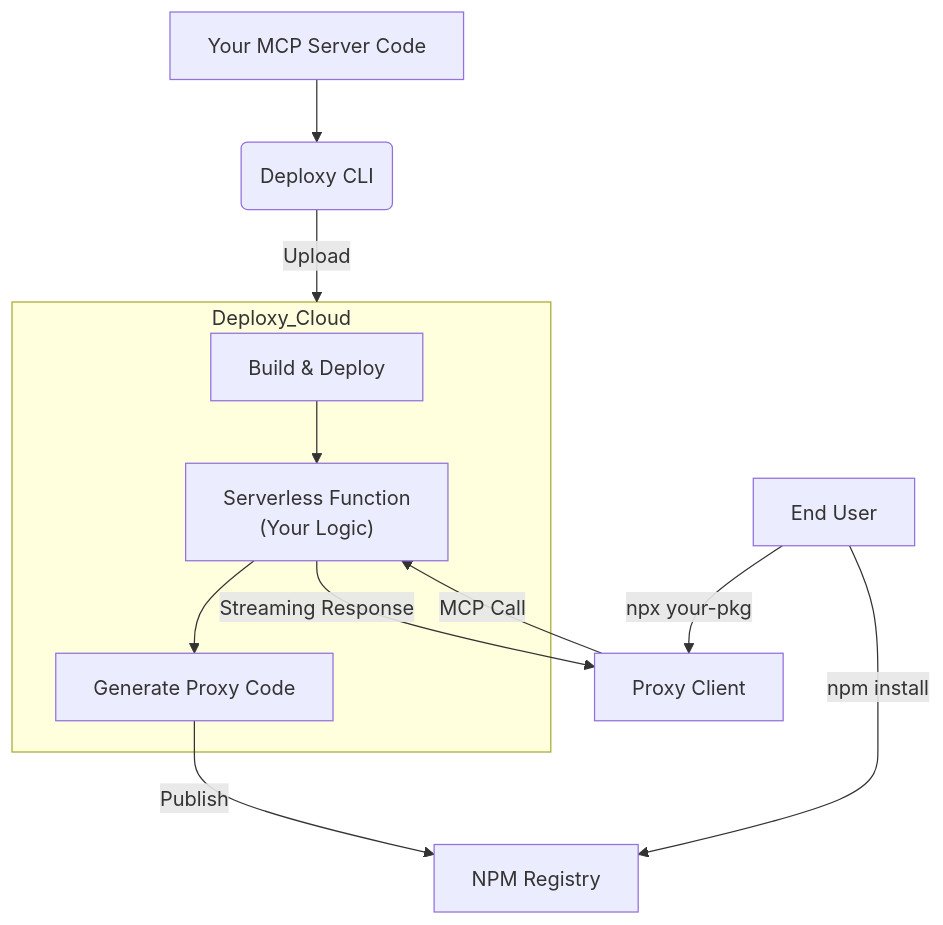
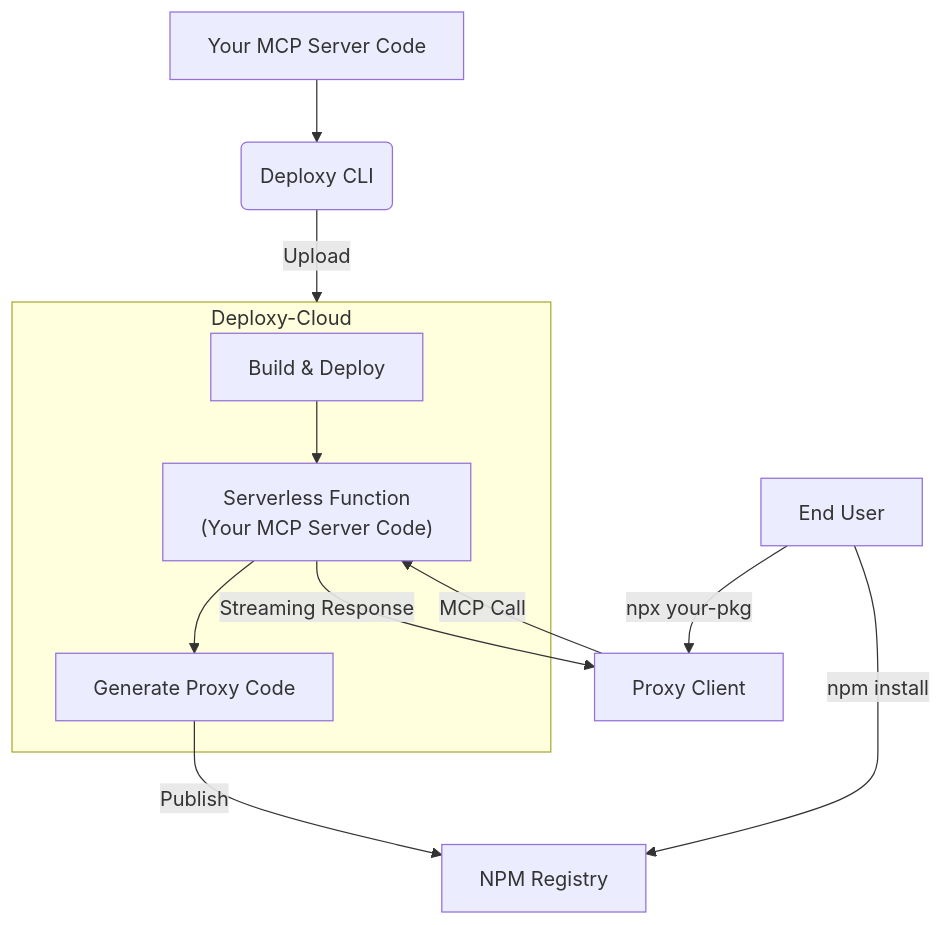
One commit to deploxy/docs changed the diagram in getting-started/introduction.mdx. Above: the diagram before and after it, drawn with Mermaid. The commit also changed 2 other files, not shown here.

Commit message:
📝 update arch docs

````diff
--- a/getting-started/introduction.mdx
+++ b/getting-started/introduction.mdx
@@ -65,15 +65,15 @@
 ```mermaid
 graph TD
     A[Your MCP Server Code] --> B(Deploxy CLI);
-    B -- Upload --> Deploxy_Cloud{Deploxy Cloud};
-    subgraph Deploxy_Cloud
+    B -- Upload --> Deploxy-Cloud{Deploxy Cloud};
+    subgraph Deploxy-Cloud
         D[Build & Deploy] --> E["Serverless Function 
-        (Your Logic)"];
+        (Your MCP Server Code)"];
         E --> F[Generate Proxy Code];
     end
     F -- Publish --> G[NPM Registry];
     H[End User] -- npm install --> G;
     H -- npx your-pkg --> I[Proxy Client];
     I -- MCP Call --> E;
     E -- Streaming Response --> I;
 ```
````
